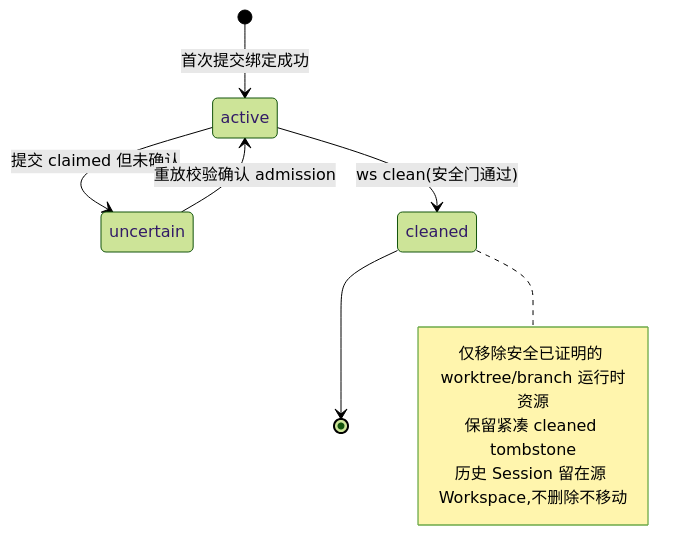
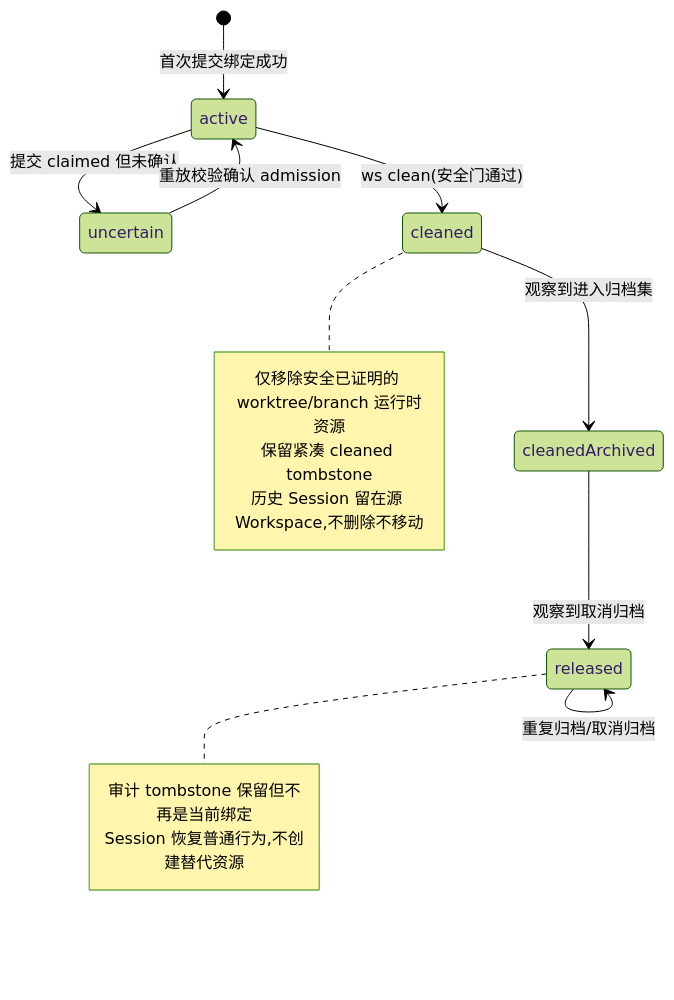
Before and after one commit to prgrmrwy/ohmydsh: the fourth of 4 diagrams in worktree-session-architecture.md, drawn with Mermaid (forest theme). The commit also changed other lines of this file and 47 other files, not shown here.

Commit message:
feat(worktree-session): release cleaned sessions on unarchive

````diff
--- a/worktree-session-architecture.md
+++ b/worktree-session-architecture.md
@@ -116,13 +116,19 @@
 ```mermaid
 stateDiagram-v2
     [*] --> active : 首次提交绑定成功
     active --> uncertain : 提交 claimed 但未确认
     uncertain --> active : 重放校验确认 admission
     active --> cleaned : ws clean(安全门通过)
-    cleaned --> [*]
+    cleaned --> cleanedArchived : 观察到进入归档集
+    cleanedArchived --> released : 观察到取消归档
+    released --> released : 重复归档/取消归档
     note right of cleaned
         仅移除安全已证明的 worktree/branch 运行时资源
         保留紧凑 cleaned tombstone
         历史 Session 留在源 Workspace,不删除不移动
     end note
+    note right of released
+        审计 tombstone 保留但不再是当前绑定
+        Session 恢复普通行为,不创建替代资源
+    end note
 ```
````
